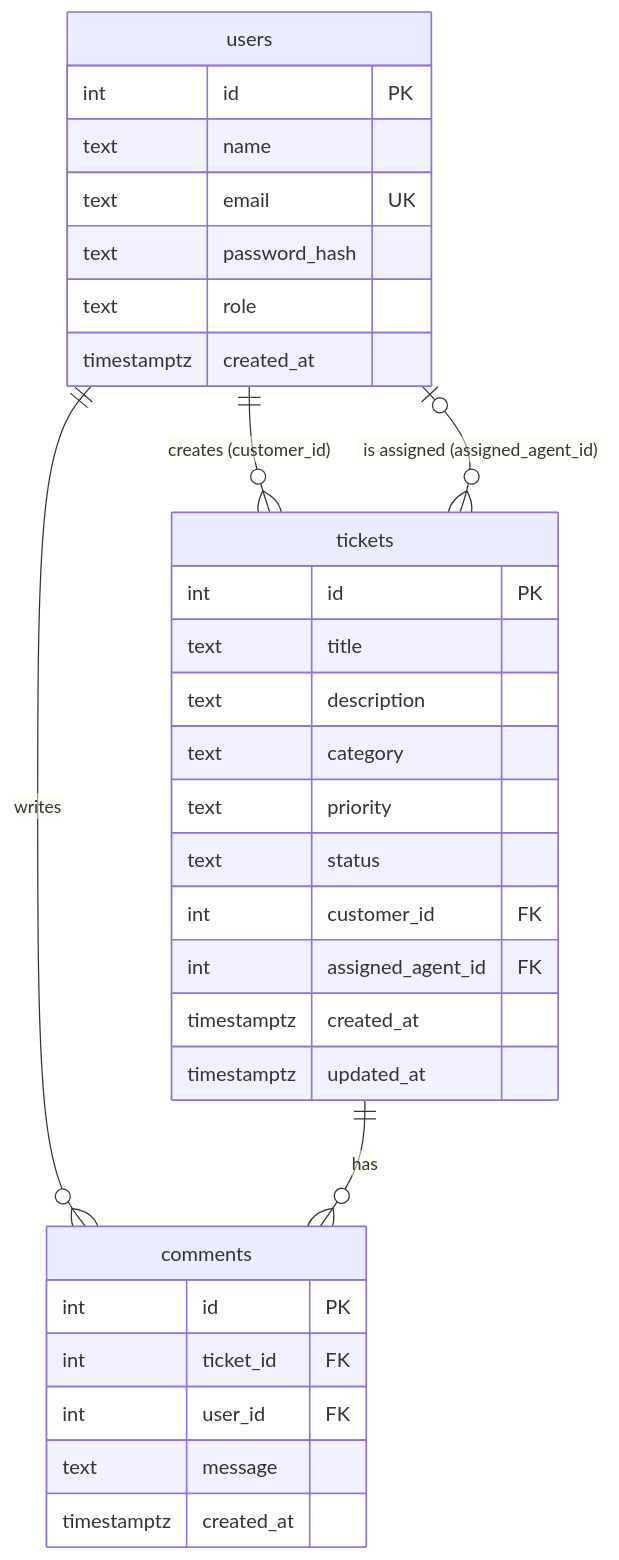
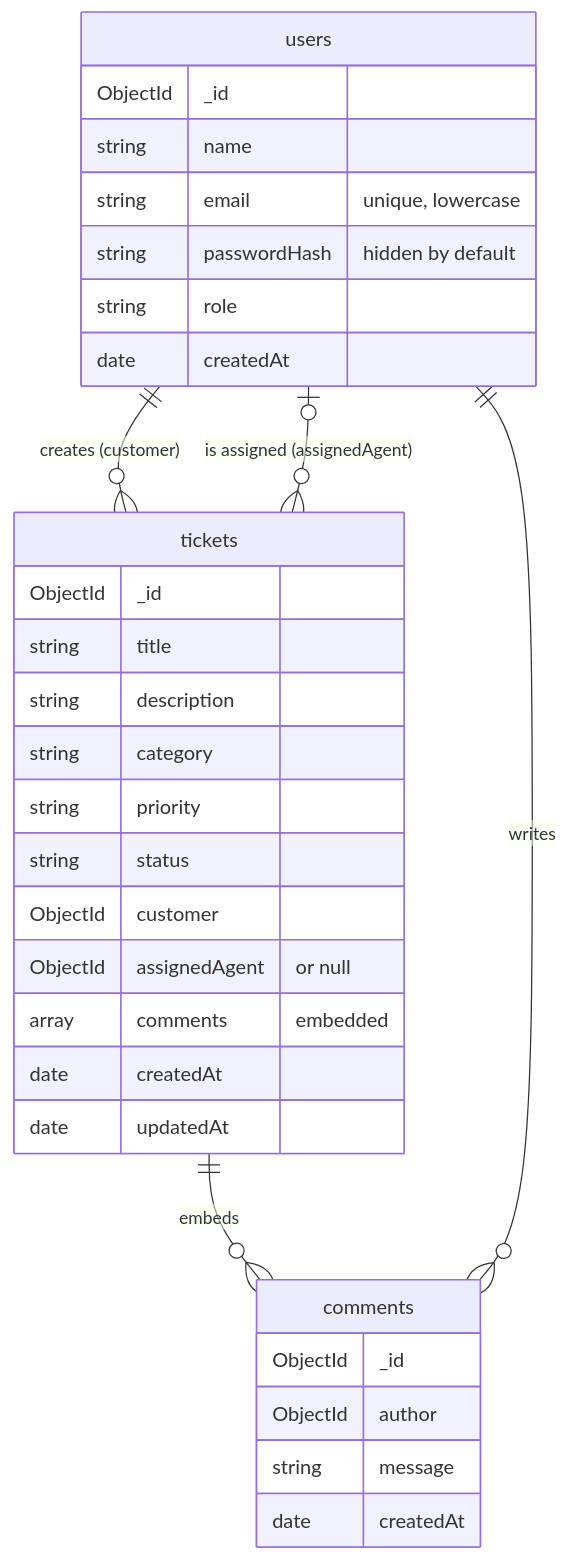
Before and after one commit to REETHU-JUSTIN/minidesk: the diagram in docs/DATABASE_GUIDE.md, drawn with Mermaid. The commit also changed other lines of this file and 83 other files, not shown here.

````diff
--- a/docs/DATABASE_GUIDE.md
+++ b/docs/DATABASE_GUIDE.md
@@ -32,34 +34,34 @@
 ```mermaid
 erDiagram
-    users ||--o{ tickets : "creates (customer_id)"
-    users |o--o{ tickets : "is assigned (assigned_agent_id)"
+    users ||--o{ tickets : "creates (customer)"
+    users |o--o{ tickets : "is assigned (assignedAgent)"
+    tickets ||--o{ comments : "embeds"
     users ||--o{ comments : writes
-    tickets ||--o{ comments : has
     users {
-        int id PK
-        text name
-        text email UK
-        text password_hash
-        text role
-        timestamptz created_at
+        ObjectId _id
+        string name
+        string email "unique, lowercase"
+        string passwordHash "hidden by default"
+        string role
+        date createdAt
     }
     tickets {
-        int id PK
-        text title
-        text description
-        text category
-        text priority
-        text status
-        int customer_id FK
-        int assigned_agent_id FK
-        timestamptz created_at
-        timestamptz updated_at
+        ObjectId _id
+        string title
+        string description
+        string category
+        string priority
+        string status
+        ObjectId customer
+        ObjectId assignedAgent "or null"
+        array comments "embedded"
+        date createdAt
+        date updatedAt
     }
     comments {
-        int id PK
-        int ticket_id FK
-        int user_id FK
-        text message
-        timestamptz created_at
+        ObjectId _id
+        ObjectId author
+        string message
+        date createdAt
     }
 ```
````
